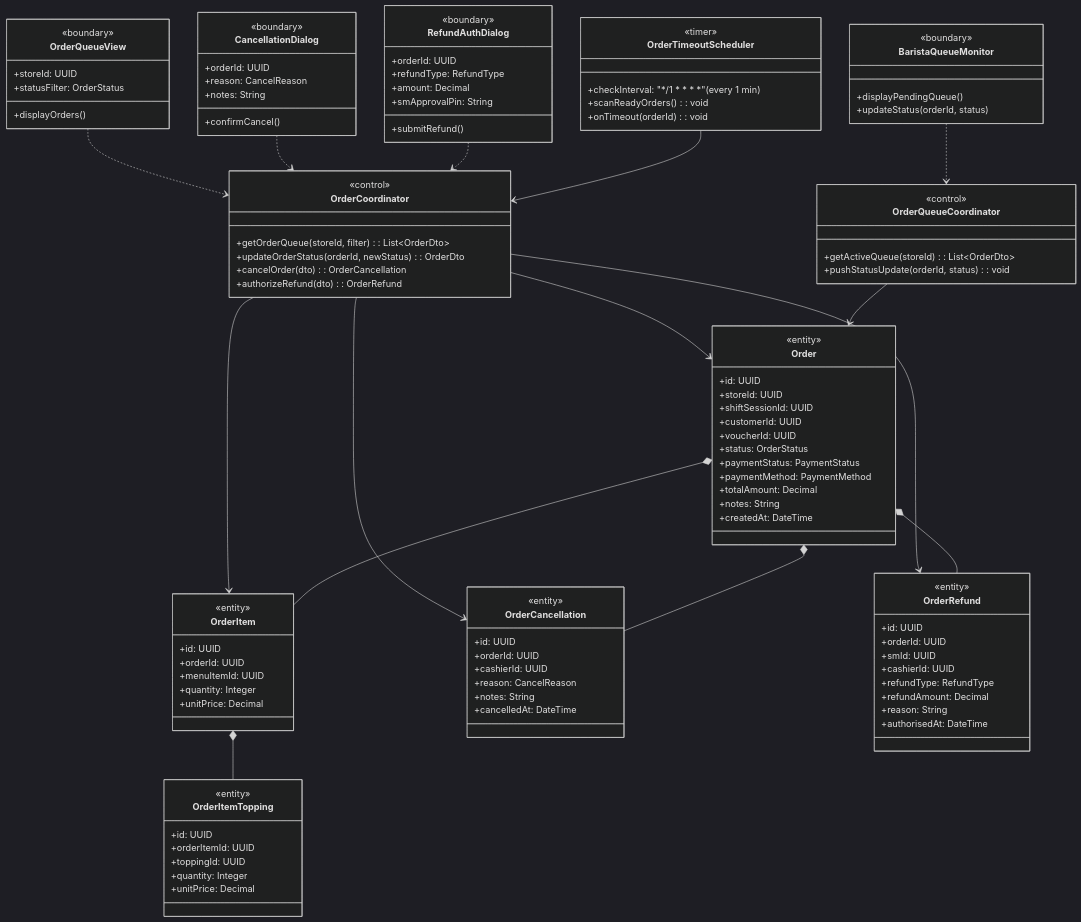
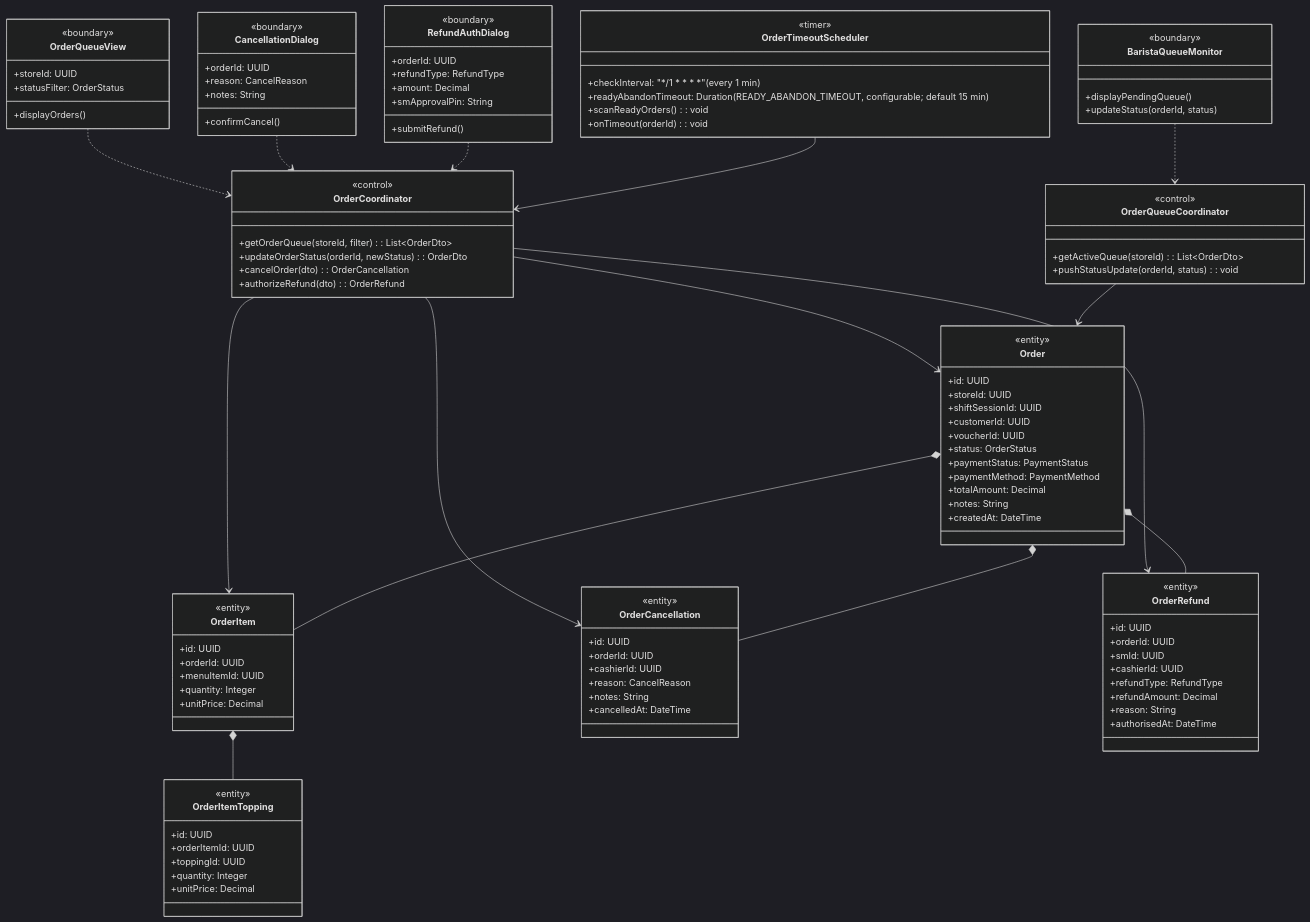
One commit to Shaichi/khoga_cafe changed the first of 6 diagrams in docs/rds_sections/11_detailed_3_8_order_management.md. Above: the diagram before and after it, drawn with Mermaid (dark theme). The commit also changed other lines of this file and 22 other files, not shown here.

```diff
--- a/docs/rds_sections/11_detailed_3_8_order_management.md
+++ b/docs/rds_sections/11_detailed_3_8_order_management.md
@@ -49,6 +49,7 @@
     class OrderTimeoutScheduler {
         <<timer>>
         +checkInterval: "*/1 * * * *" (every 1 min)
+        +readyAbandonTimeout: Duration (READY_ABANDON_TIMEOUT, configurable; default 15 min)
         +scanReadyOrders(): void
         +onTimeout(orderId): void
     }
```
